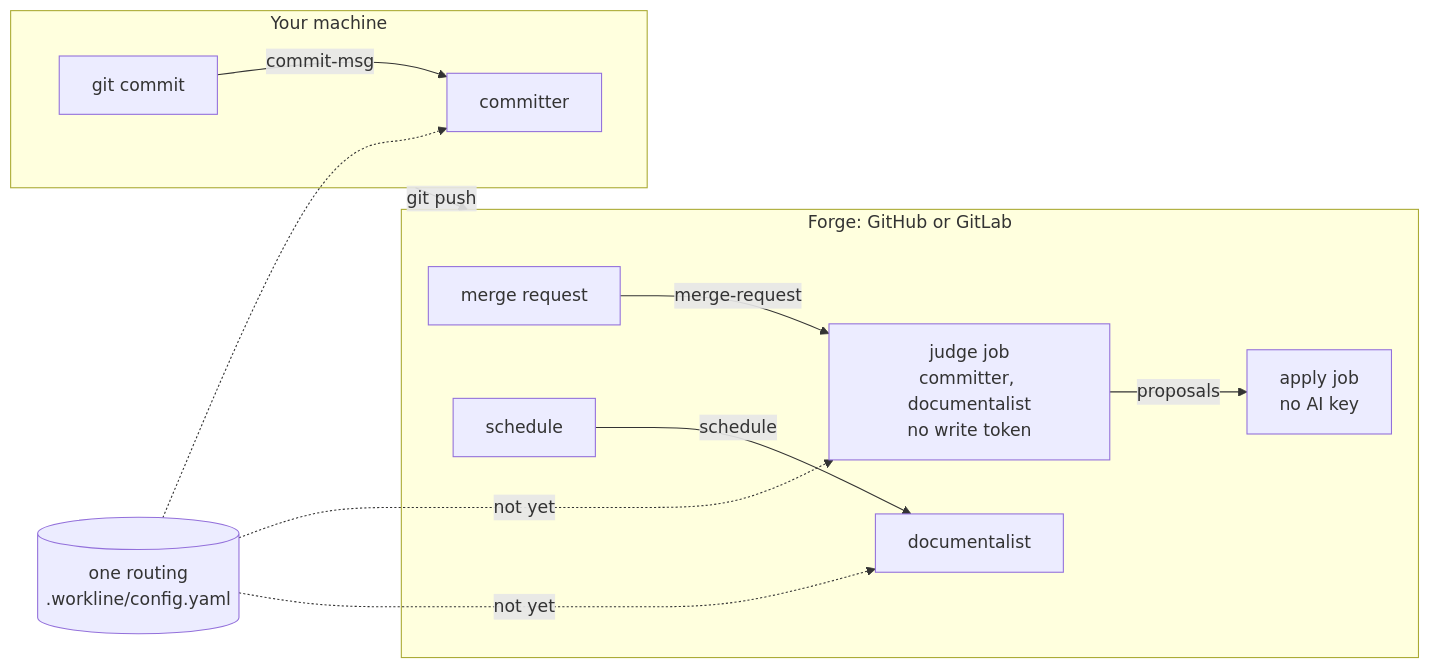
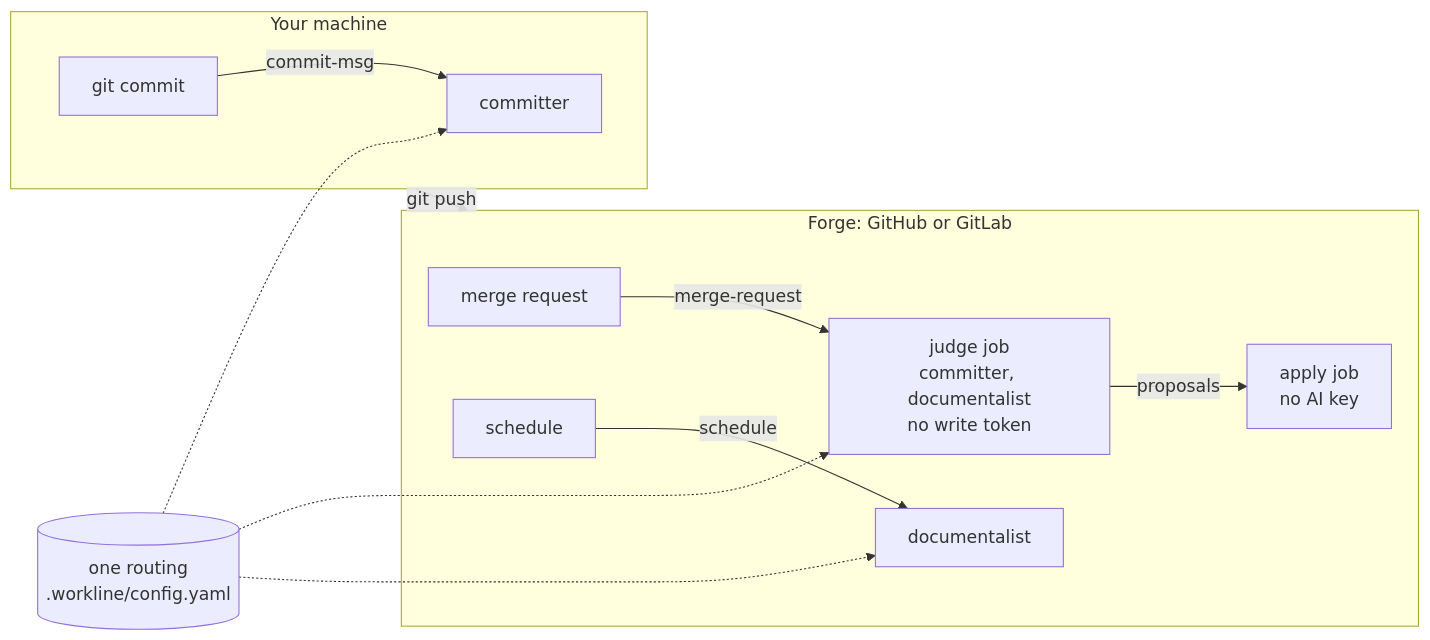
One commit to JN0V/workline changed the diagram in README.md. Above: the diagram before and after it, drawn with Mermaid. The commit also changed other lines of this file and 3 other files, not shown here.

````diff
--- a/README.md
+++ b/README.md
@@ -49,16 +49,16 @@
 ```mermaid
 flowchart LR
   routing[("one routing<br/>.workline/config.yaml")]
   subgraph machine["Your machine"]
     commit["git commit"] -- commit-msg --> committer1["committer"]
   end
   subgraph forge["Forge: GitHub or GitLab"]
     mr["merge request"] -- merge-request --> judge["judge job<br/>committer, documentalist<br/>no write token"]
     judge -- proposals --> apply["apply job<br/>no AI key"]
     schedule["schedule"] -- schedule --> documentalist["documentalist"]
   end
   machine -- git push --> forge
   routing -.-> committer1
-  routing -. not yet .-> judge
-  routing -. not yet .-> documentalist
+  routing -.-> judge
+  routing -.-> documentalist
 ```
````
